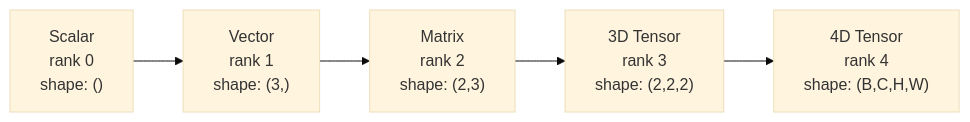
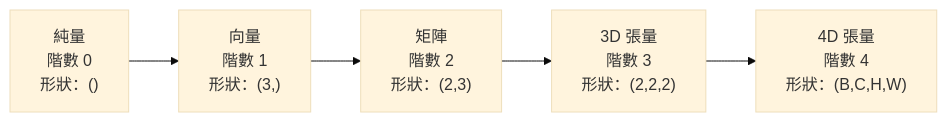
Before and after one commit to edward821220/ai-engineering-from-scratch: the first of 4 diagrams in i18n/zh-TW/phases/01-math-foundations/12-tensor-operations/docs/zh-TW.md, drawn with Mermaid (base theme). The commit also changed other lines of this file and 123 other files, not shown here.

````diff
--- a/i18n/zh-TW/phases/01-math-foundations/12-tensor-operations/docs/zh-TW.md
+++ b/i18n/zh-TW/phases/01-math-foundations/12-tensor-operations/docs/zh-TW.md
@@ -31,7 +31,7 @@
 ```mermaid
 graph LR
-    S["Scalar<br/>rank 0<br/>shape: ()"] --> V["Vector<br/>rank 1<br/>shape: (3,)"]
-    V --> M["Matrix<br/>rank 2<br/>shape: (2,3)"]
-    M --> T3["3D Tensor<br/>rank 3<br/>shape: (2,2,2)"]
-    T3 --> T4["4D Tensor<br/>rank 4<br/>shape: (B,C,H,W)"]
+    S["純量<br/>階數 0<br/>形狀：()"] --> V["向量<br/>階數 1<br/>形狀：(3,)"]
+    V --> M["矩陣<br/>階數 2<br/>形狀：(2,3)"]
+    M --> T3["3D 張量<br/>階數 3<br/>形狀：(2,2,2)"]
+    T3 --> T4["4D 張量<br/>階數 4<br/>形狀：(B,C,H,W)"]
 ```
````
